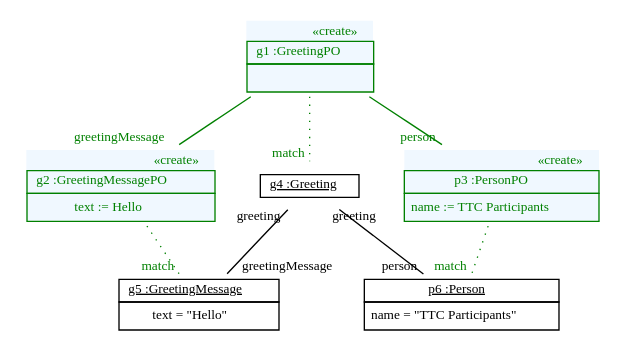
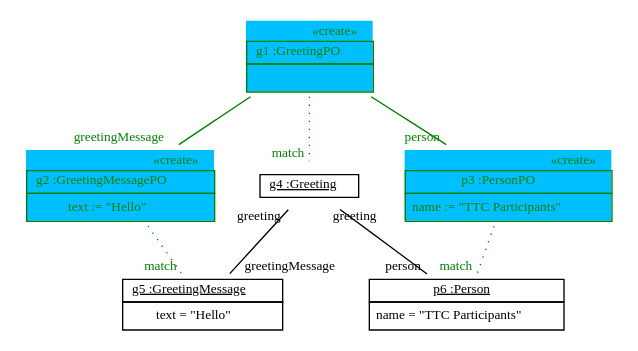
The diagram in doc/TTC2011HelloWorldConstantTransformation2AfterTransformation.dot (fujaba/SDMLib), drawn with Graphviz before and after one commit. The commit also changed 89 other files, not shown here.

Commit message:
Trace Debugging for Patterns. Many fixes for nested subpatterns. Icons in object diagram dumps.

```diff
--- a/doc/TTC2011HelloWorldConstantTransformation2AfterTransformation.dot
+++ b/doc/TTC2011HelloWorldConstantTransformation2AfterTransformation.dot
@@ -1,19 +1,19 @@
 graph ObjectDiagram {
    node [shape = none, fontsize = 10];
    edge [fontsize = 10];
 
-g1 [label=<<table border='0' cellborder='1' cellspacing='0' color='green' bgcolor='aliceblue'> <tr> <td border='0' align='right'><font color='green'>&laquo;create&raquo;</font></td></tr> <tr> <td align='center'> <font color='green'> g1 :GreetingPO </font></td></tr> <tr> <td align='left'> <table border='0' cellborder='0' cellspacing='0' color='green'> <tr> <td>  </td></tr></table></td></tr></table>>];
-g2 [label=<<table border='0' cellborder='1' cellspacing='0' color='green' bgcolor='aliceblue'> <tr> <td border='0' align='right'><font color='green'>&laquo;create&raquo;</font></td></tr> <tr> <td align='center'> <font color='green'> g2 :GreetingMessagePO </font></td></tr> <tr> <td align='left'> <table border='0' cellborder='0' cellspacing='0' color='green'> <tr><td><font color='green'> text := Hello </font></td></tr></table></td></tr></table>>];
-p3 [label=<<table border='0' cellborder='1' cellspacing='0' color='green' bgcolor='aliceblue'> <tr> <td border='0' align='right'><font color='green'>&laquo;create&raquo;</font></td></tr> <tr> <td align='center'> <font color='green'> p3 :PersonPO </font></td></tr> <tr> <td align='left'> <table border='0' cellborder='0' cellspacing='0' color='green'> <tr><td><font color='green'> name := TTC Participants </font></td></tr></table></td></tr></table>>];
+g1 [label=<<table border='0' cellborder='1' cellspacing='0' color='green' bgcolor='deepskyblue'> <tr> <td border='0' align='right'><font color='green'>&#171;create&#187;</font></td></tr> <tr> <td align='center'> <font color='green'> g1 :GreetingPO </font></td></tr> <tr> <td align='left'> <table border='0' cellborder='0' cellspacing='0' color='green'> <tr> <td>  </td></tr></table></td></tr></table>>];
+g2 [label=<<table border='0' cellborder='1' cellspacing='0' color='green' bgcolor='deepskyblue'> <tr> <td border='0' align='right'><font color='green'>&#171;create&#187;</font></td></tr> <tr> <td align='center'> <font color='green'> g2 :GreetingMessagePO </font></td></tr> <tr> <td align='left'> <table border='0' cellborder='0' cellspacing='0' color='green'> <tr><td><font color='green'> text := "Hello" </font></td></tr></table></td></tr></table>>];
+p3 [label=<<table border='0' cellborder='1' cellspacing='0' color='green' bgcolor='deepskyblue'> <tr> <td border='0' align='right'><font color='green'>&#171;create&#187;</font></td></tr> <tr> <td align='center'> <font color='green'> p3 :PersonPO </font></td></tr> <tr> <td align='left'> <table border='0' cellborder='0' cellspacing='0' color='green'> <tr><td><font color='green'> name := "TTC Participants" </font></td></tr></table></td></tr></table>>];
 g4 [label=<<table border='0' cellborder='1' cellspacing='0'> <tr> <td> <u>g4 :Greeting</u></td></tr></table>>];
 g5 [label=<<table border='0' cellborder='1' cellspacing='0'> <tr> <td> <u>g5 :GreetingMessage</u></td></tr><tr><td><table border='0' cellborder='0' cellspacing='0'><tr><td>text = "Hello"</td></tr></table></td></tr></table>>];
 p6 [label=<<table border='0' cellborder='1' cellspacing='0'> <tr> <td> <u>p6 :Person</u></td></tr><tr><td><table border='0' cellborder='0' cellspacing='0'><tr><td>name = "TTC Participants"</td></tr></table></td></tr></table>>];
 
 g1 -- g4 [headlabel = "match" style="dotted" color="green" fontcolor="green"];
 g2 -- g5 [headlabel = "match" style="dotted" color="green" fontcolor="green"];
 p3 -- p6 [headlabel = "match" style="dotted" color="green" fontcolor="green"];
 g1 -- g2 [headlabel = "greetingMessage" taillabel = "" color="green" fontcolor="green"];
 g1 -- p3 [headlabel = "person" taillabel = "" color="green" fontcolor="green"];
 g4 -- g5 [headlabel = "greetingMessage" taillabel = "greeting"];
 g4 -- p6 [headlabel = "person" taillabel = "greeting"];
 }
```
